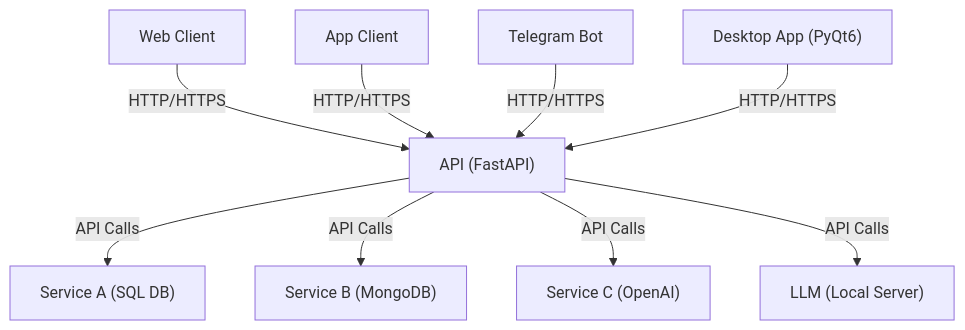
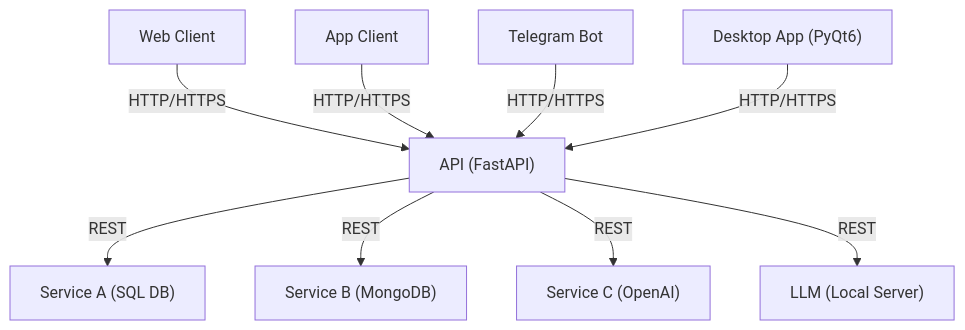
The second of 2 diagrams in docs/README.md (musicnova/KIA-chatGPT), drawn with Mermaid before and after one commit.

````diff
--- a/docs/README.md
+++ b/docs/README.md
@@ -17,12 +17,12 @@
 ```mermaid
 graph TD
     WebClient["Web Client"] -->|HTTP/HTTPS| API["API (FastAPI)"]
     AppClient["App Client"] -->|HTTP/HTTPS| API
     TgBot["Telegram Bot"] -->|HTTP/HTTPS| API
     DesktopClient["Desktop App (PyQt6)"] -->|HTTP/HTTPS| API
     
-    API -->|API Calls| SQLService["Service A (SQL DB)"]
-    API -->|API Calls| MongoService["Service B (MongoDB)"]
-    API -->|API Calls| OpenAIService["Service C (OpenAI)"]
-    API -->|API Calls| LocalLLM["LLM (Local Server)"]
+    API -->|REST| SQLService["Service A (SQL DB)"]
+    API -->|REST| MongoService["Service B (MongoDB)"]
+    API -->|REST| OpenAIService["Service C (OpenAI)"]
+    API -->|REST| LocalLLM["LLM (Local Server)"]
 ```
````
